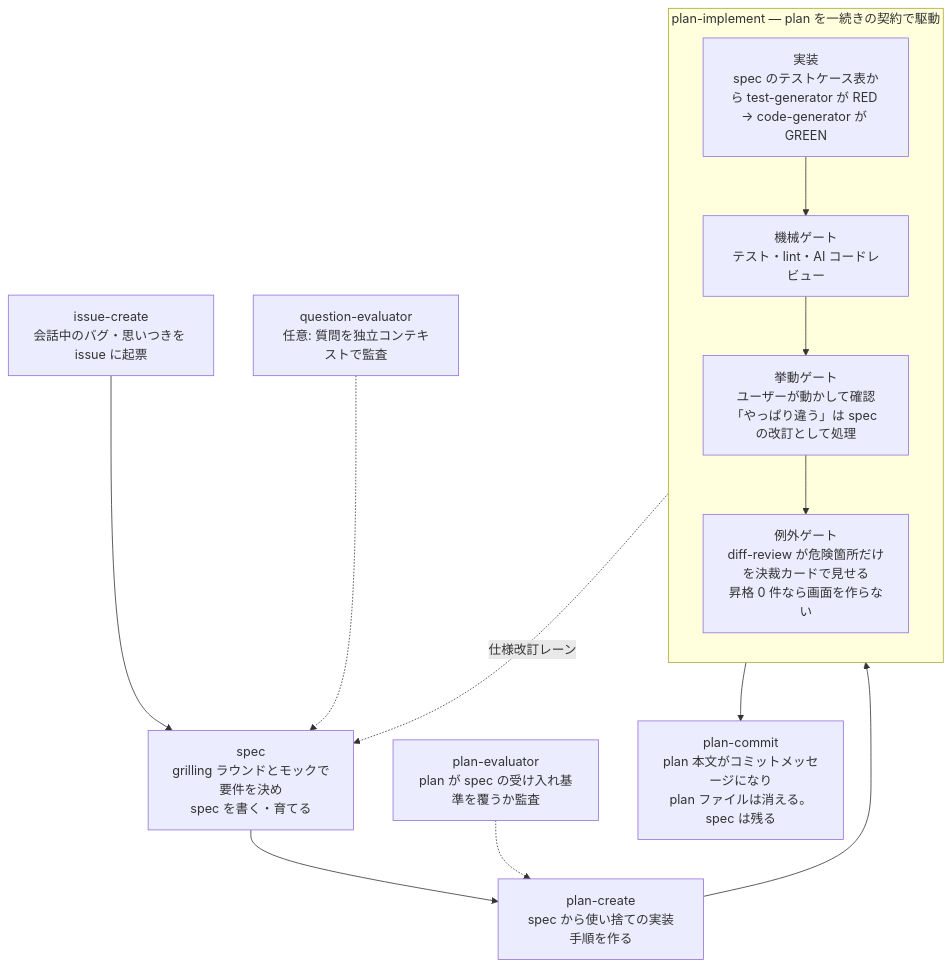
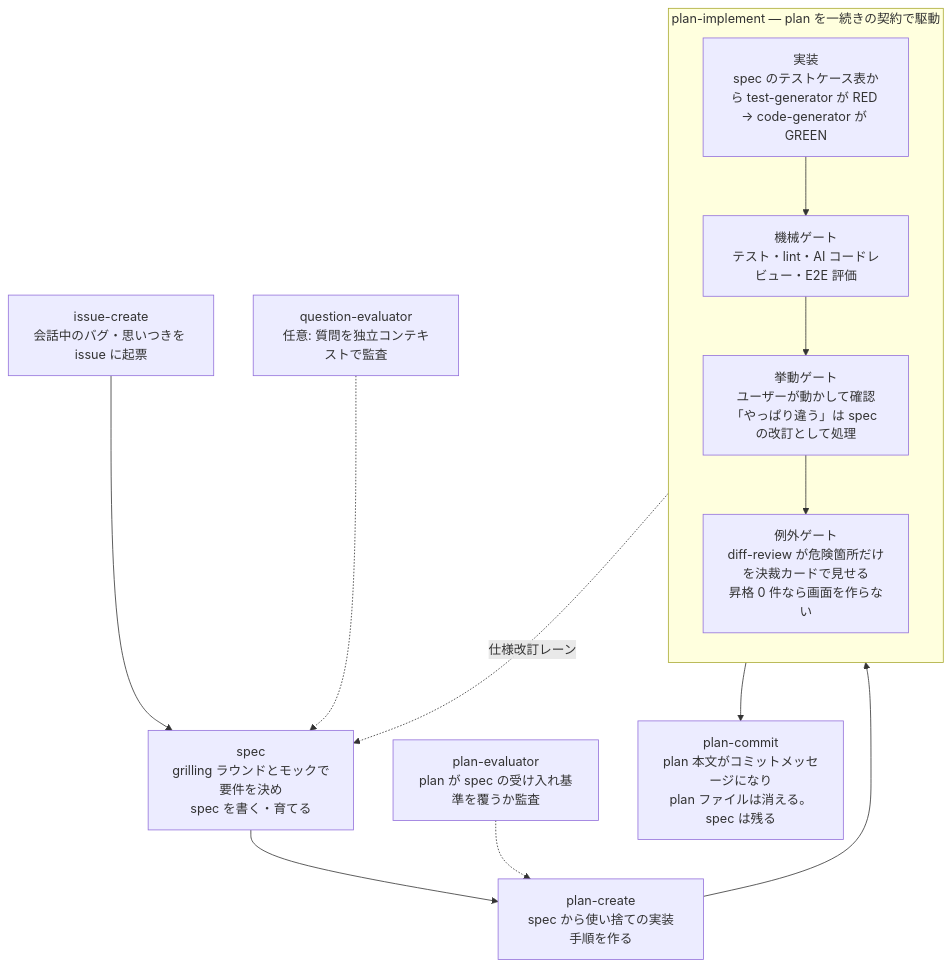
The diagram in plugins/crystallize/README.md (4armsxlr8/agent-plugins), drawn with Mermaid before and after one commit. The commit also changed other lines of this file and 6 other files, not shown here.

````diff
--- a/plugins/crystallize/README.md
+++ b/plugins/crystallize/README.md
@@ -17,17 +17,17 @@
 ```mermaid
 flowchart TD
     I[issue-create<br>会話中のバグ・思いつきを issue に起票] --> S
     S[spec<br>grilling ラウンドとモックで要件を決め<br>spec を書く・育てる] --> PL
     Q[question-evaluator<br>任意: 質問を独立コンテキストで監査] -.-> S
     PL[plan-create<br>spec から使い捨ての実装手順を作る] --> P
     PE[plan-evaluator<br>plan が spec の受け入れ基準を覆うか監査] -.-> PL
     subgraph P[plan-implement — plan を一続きの契約で駆動]
         direction TB
         IM[実装<br>spec のテストケース表から test-generator が RED → code-generator が GREEN] --> G1
-        G1[機械ゲート<br>テスト・lint・AI コードレビュー] --> G2
+        G1[機械ゲート<br>テスト・lint・AI コードレビュー・E2E 評価] --> G2
         G2[挙動ゲート<br>ユーザーが動かして確認<br>「やっぱり違う」は spec の改訂として処理] --> G3
         G3[例外ゲート<br>diff-review が危険箇所だけを決裁カードで見せる<br>昇格 0 件なら画面を作らない]
     end
     G2 -. 仕様改訂レーン .-> S
     P --> C[plan-commit<br>plan 本文がコミットメッセージになり<br>plan ファイルは消える。spec は残る]
 ```
````
